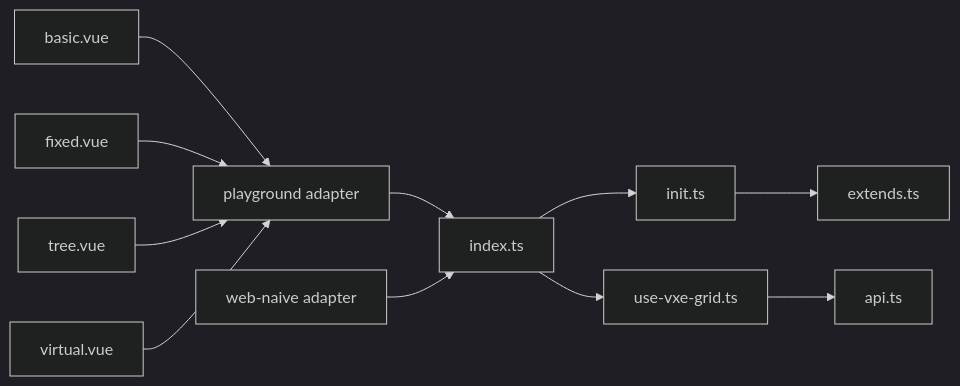
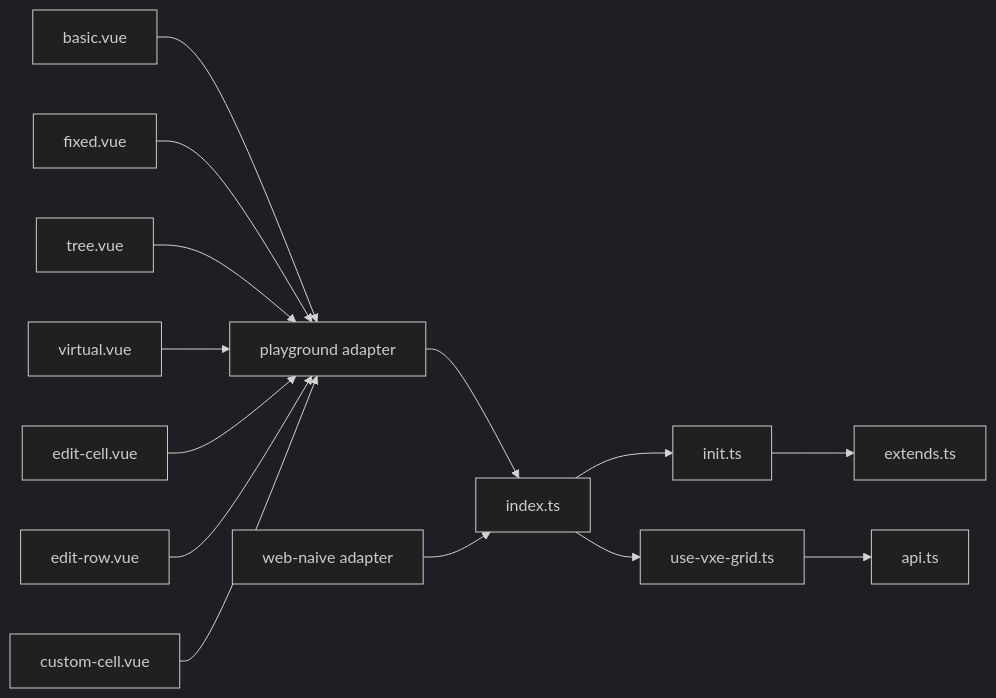
The fourth of 4 diagrams in .qoder/repowiki/zh/content/组件库/表格组件/表格组件.md (ShiRuYu/shiyu-ui), drawn with Mermaid (dark theme) before and after one commit. The commit also changed other lines of this file and 37 other files, not shown here.

````diff
--- a/.qoder/repowiki/zh/content/组件库/表格组件/表格组件.md
+++ b/.qoder/repowiki/zh/content/组件库/表格组件/表格组件.md
@@ -270,13 +337,16 @@
 ```mermaid
 graph LR
 IDX["index.ts"] --> INIT["init.ts"]
 IDX --> GRID_TS["use-vxe-grid.ts"]
 GRID_TS --> API["api.ts"]
 INIT --> EXT["extends.ts"]
 AD_PLAY["playground adapter"] --> IDX
 AD_NAIVE["web-naive adapter"] --> IDX
 BASIC["basic.vue"] --> AD_PLAY
 FIXED["fixed.vue"] --> AD_PLAY
 TREE["tree.vue"] --> AD_PLAY
 VIRT["virtual.vue"] --> AD_PLAY
+EDIT_CELL["edit-cell.vue"] --> AD_PLAY
+EDIT_ROW["edit-row.vue"] --> AD_PLAY
+CUSTOM_CELL["custom-cell.vue"] --> AD_PLAY
 ```
````
